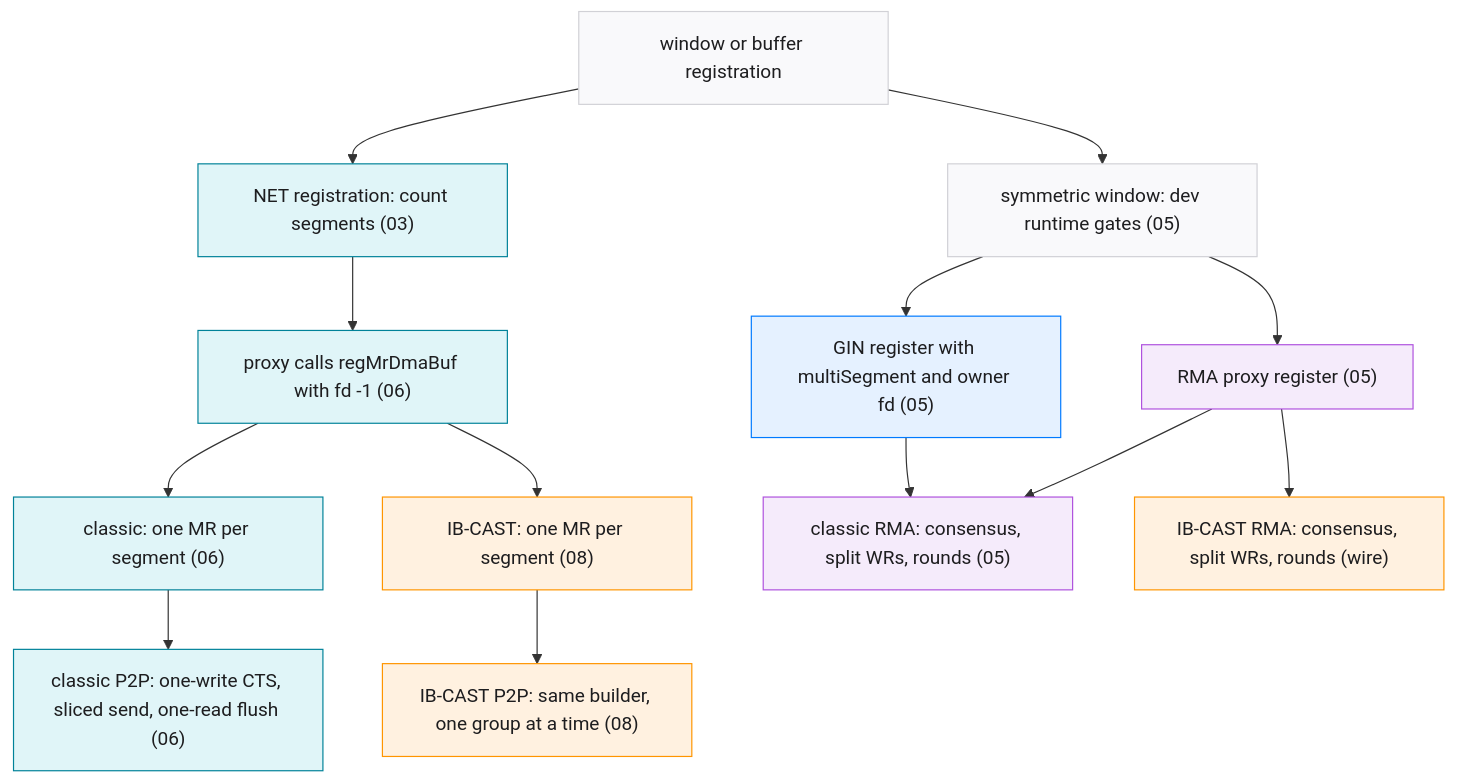
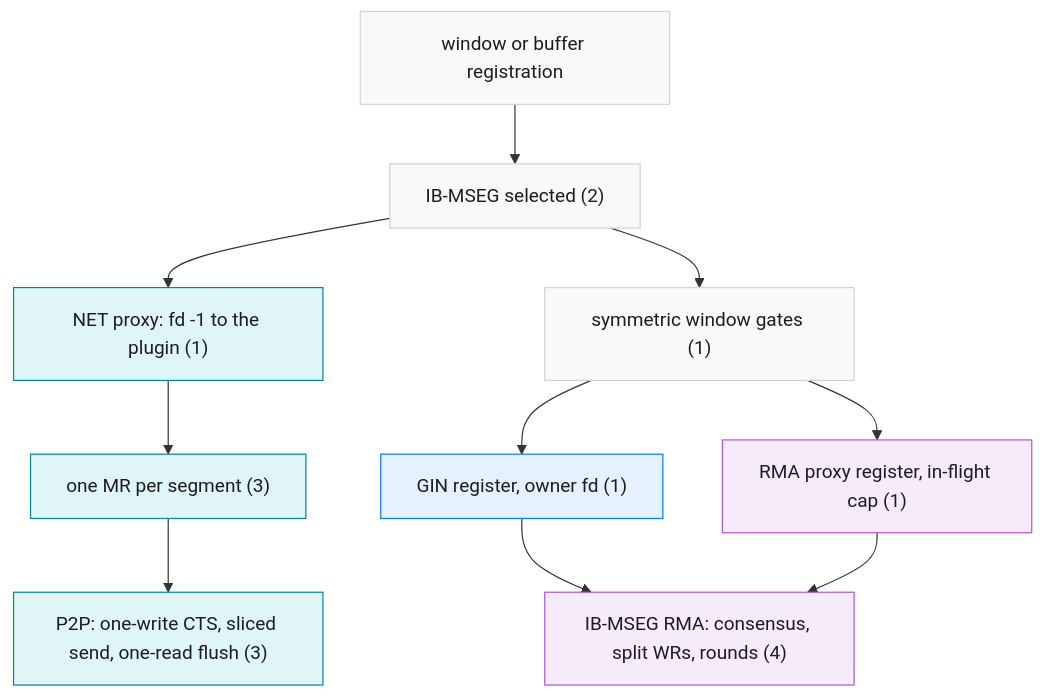
One commit to ROCm/rocm-systems changed the diagram in projects/rccl/docs/design/multi_segment_code_map.md. Above: the diagram before and after it, drawn with Mermaid. The commit also changed other lines of this file and 16 other files, not shown here.

First line of the commit message:
docs: describe the IB-MSEG fork stack and drop the superseded history docs

````diff
--- a/projects/rccl/docs/design/multi_segment_code_map.md
+++ b/projects/rccl/docs/design/multi_segment_code_map.md
@@ -14,26 +15,21 @@
 ```mermaid
-%% caption: How the registration and data-path layers connect, with the layer that owns each step
+%% caption: How registration reaches the IB-MSEG plugin, with the fork that owns each step
 flowchart TD
- win["window or buffer registration"] --> netreg["NET registration: count segments (03)"]
- win --> devr["symmetric window: dev runtime gates (05)"]
- devr --> ginreg["GIN register with multiSegment and owner fd (05)"]
- devr --> rmareg["RMA proxy register (05)"]
- netreg --> proxy["proxy calls regMrDmaBuf with fd -1 (06)"]
- proxy --> classicreg["classic: one MR per segment (06)"]
- proxy --> castreg["IB-CAST: one MR per segment (08)"]
- rmareg --> classicrma["classic RMA: consensus, split WRs, rounds (05)"]
- rmareg --> castrma["IB-CAST RMA: consensus, split WRs, rounds (wire)"]
- ginreg --> classicrma
- classicreg --> classicp2p["classic P2P: one-write CTS, sliced send, one-read flush (06)"]
- castreg --> castp2p["IB-CAST P2P: same builder, one group at a time (08)"]
+ win["window or buffer registration"] --> sel["IB-MSEG selected (2)"]
+ sel --> netreg["NET proxy: fd -1 to the plugin (1)"]
+ sel --> devr["symmetric window gates (1)"]
+ netreg --> mreg["one MR per segment (3)"]
+ mreg --> p2p["P2P: one-write CTS, sliced send, one-read flush (3)"]
+ devr --> ginreg["GIN register, owner fd (1)"]
+ devr --> rmareg["RMA proxy register, in-flight cap (1)"]
+ ginreg --> rma["IB-MSEG RMA: consensus, split WRs, rounds (4)"]
+ rmareg --> rma
  classDef gin fill:#e5f1ff,stroke:#007aff,color:#1d1d1f
  classDef rma fill:#f5ebfb,stroke:#af52de,color:#1d1d1f
  classDef netib fill:#e0f5f8,stroke:#008299,color:#1d1d1f
- classDef ibcast fill:#fff1e0,stroke:#ff9500,color:#1d1d1f
  classDef neutral fill:#f9f9fb,stroke:#d1d1d6,color:#1d1d1f
- class win,devr neutral
+ class win,sel,devr neutral
  class ginreg gin
- class rmareg,classicrma rma
- class netreg,proxy,classicreg,classicp2p netib
- class castreg,castp2p,castrma ibcast
+ class rmareg,rma rma
+ class netreg,mreg,p2p netib
 ```
````
